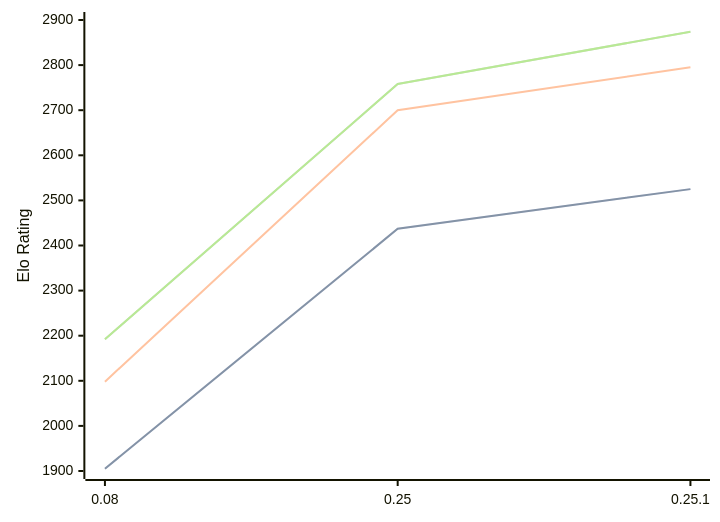
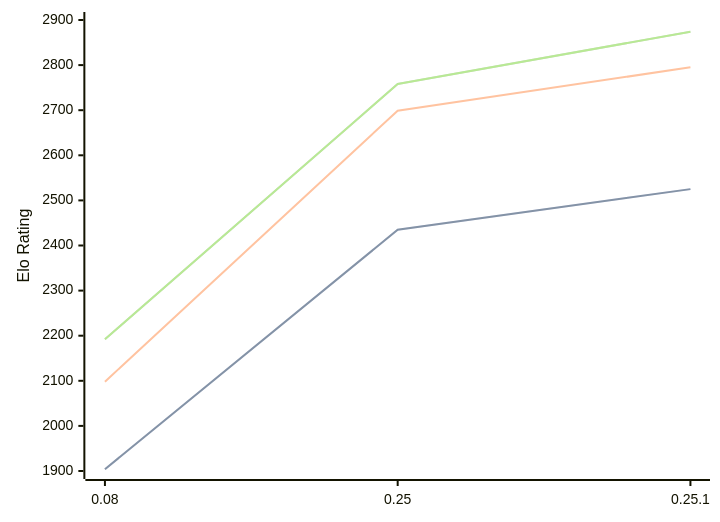
One commit to computer-chess-index/cci changed the diagram in engines/Gecko.md. Above: the diagram before and after it, drawn with Mermaid. The commit also changed other lines of this file, not shown here.

````diff
--- a/engines/Gecko.md
+++ b/engines/Gecko.md
@@ -33,11 +33,11 @@
 ```mermaid
 %%{init: {"theme":"base","themeVariables":{"seriesColors:['#a3a3a3','#222221','#faa371']}}}%%
 xychart-beta
   x-axis ["0.08", "0.25", "0.25.1"]
   y-axis "Elo Rating" 1900 --> 2900
-  line "STC (8.0+0.08s)" [1905, 2437, 2525]
-  line "STC (8.0+0.08s)" [1905, 2437, 2525]
-  line "LTC (60.0+0.60s)" [2098, 2700, 2795]
+  line "STC (8.0+0.08s)" [1904, 2435, 2525]
+  line "STC (8.0+0.08s)" [1904, 2435, 2525]
+  line "LTC (60.0+0.60s)" [2098, 2699, 2795]
   line "VLTC (2m24s+1.12s)" [2192, 2758, 2874]
   line "VLTC (2m24s+1.12s)" [2192, 2758, 2874]
 ```
````
